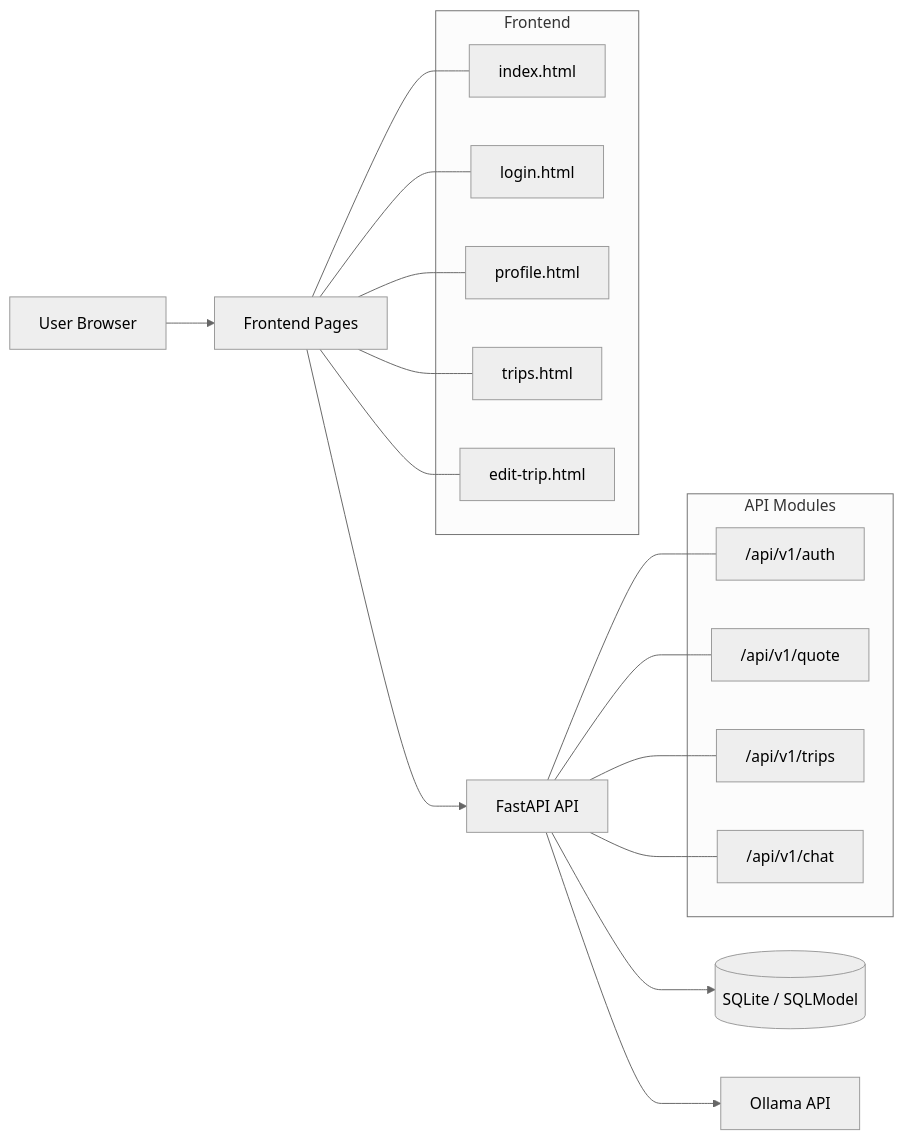
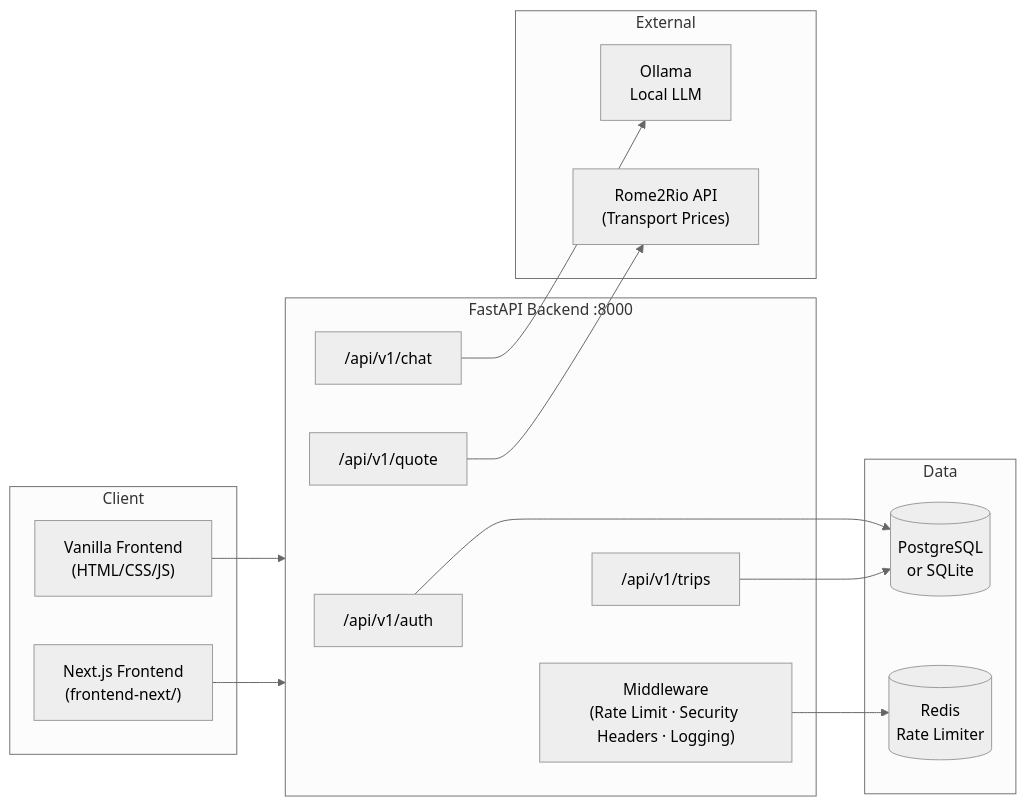
The first of 5 diagrams in README.md (prajwalreddypr/travel-buddy), drawn with Mermaid (neutral theme) before and after one commit. The commit also changed other lines of this file and 54 other files, not shown here.

First line of the commit message:
feat: add Next.js frontend, Rome2Rio pricing, profile fields, Docker stack, and updated README

````diff
--- a/README.md
+++ b/README.md
@@ -25,33 +24,34 @@
 ```mermaid
 flowchart LR
-    U[User Browser] --> FE[Frontend Pages]
-    FE --> API[FastAPI API]
-    API --> DB[(SQLite / SQLModel)]
-    API --> LLM[Ollama API]
-
-    subgraph Frontend
-      FE1[index.html]
-      FE2[login.html]
-      FE3[profile.html]
-      FE4[trips.html]
-      FE5[edit-trip.html]
+    subgraph Client
+        VFE["Vanilla Frontend\n(HTML/CSS/JS)"]
+        NFE["Next.js Frontend\n(frontend-next/)"]
     end
 
-    FE --- FE1
-    FE --- FE2
-    FE --- FE3
-    FE --- FE4
-    FE --- FE5
-
-    subgraph API Modules
-      A1["/api/v1/auth"]
-      A2["/api/v1/quote"]
-      A3["/api/v1/trips"]
-      A4["/api/v1/chat"]
+    subgraph Backend["FastAPI Backend :8000"]
+        A1["/api/v1/auth"]
+        A2["/api/v1/quote"]
+        A3["/api/v1/trips"]
+        A4["/api/v1/chat"]
+        MW["Middleware\n(Rate Limit · Security Headers · Logging)"]
     end
 
-    API --- A1
-    API --- A2
-    API --- A3
-    API --- A4
+    subgraph Data
+        DB[(PostgreSQL\nor SQLite)]
+        RD[(Redis\nRate Limiter)]
+    end
+
+    subgraph External
+        OL["Ollama\nLocal LLM"]
+        R2R["Rome2Rio API\n(Transport Prices)"]
+    end
+
+    VFE --> Backend
+    NFE --> Backend
+    Backend --> MW
+    A1 --> DB
+    A2 --> R2R
+    A3 --> DB
+    A4 --> OL
+    MW --> RD
 ```
````
